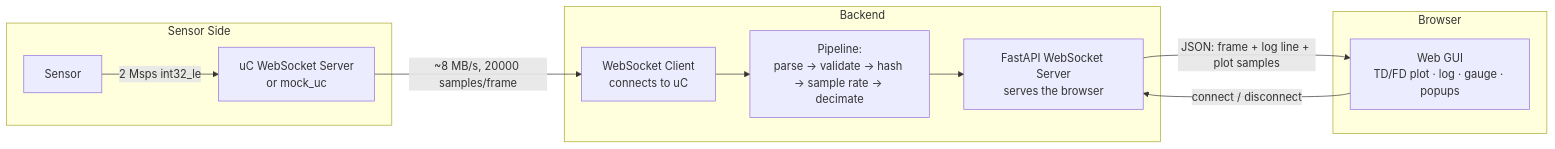
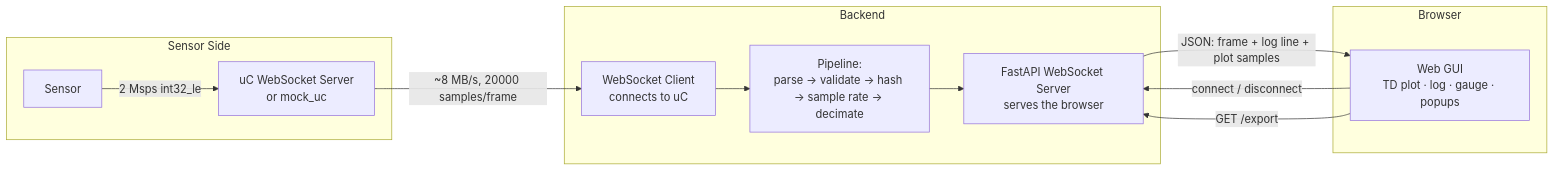
Before and after one commit to duduvpereira/SensorMonitorTII: the diagram in README.md, drawn with Mermaid. The commit also changed other lines of this file and 3 other files, not shown here.

````diff
--- a/README.md
+++ b/README.md
@@ -57,21 +150,22 @@
 ```mermaid
 flowchart LR
     subgraph Sensor Side
         S[Sensor] -->|2 Msps int32_le| UC[uC WebSocket Server<br/>or mock_uc]
     end
 
     subgraph Backend
         WS[WebSocket Client<br/>connects to uC]
         PIPE[Pipeline:<br/>parse → validate → hash → sample rate → decimate]
         SRV[FastAPI WebSocket Server<br/>serves the browser]
         WS --> PIPE --> SRV
     end
 
     subgraph Browser
-        UI[Web GUI<br/>TD/FD plot · log · gauge · popups]
+        UI[Web GUI<br/>TD plot · log · gauge · popups]
     end
 
     UC -->|~8 MB/s, 20000 samples/frame| WS
     SRV -->|JSON: frame + log line + plot samples| UI
     UI -->|connect / disconnect| SRV
+    UI -->|GET /export| SRV
 ```
````
